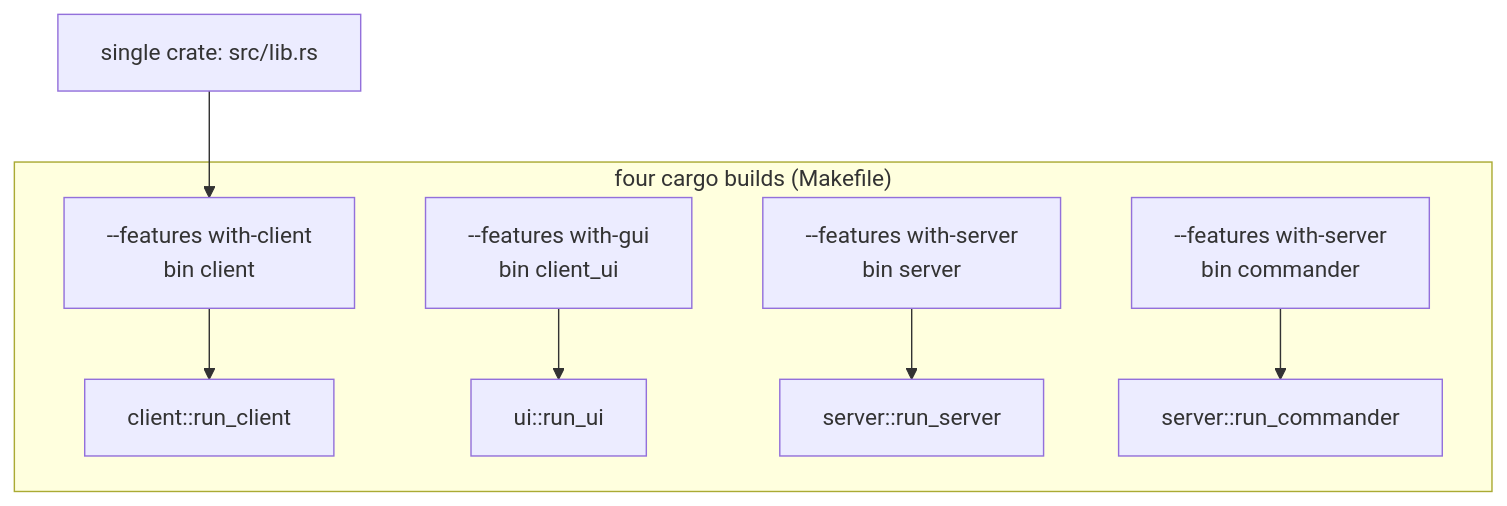
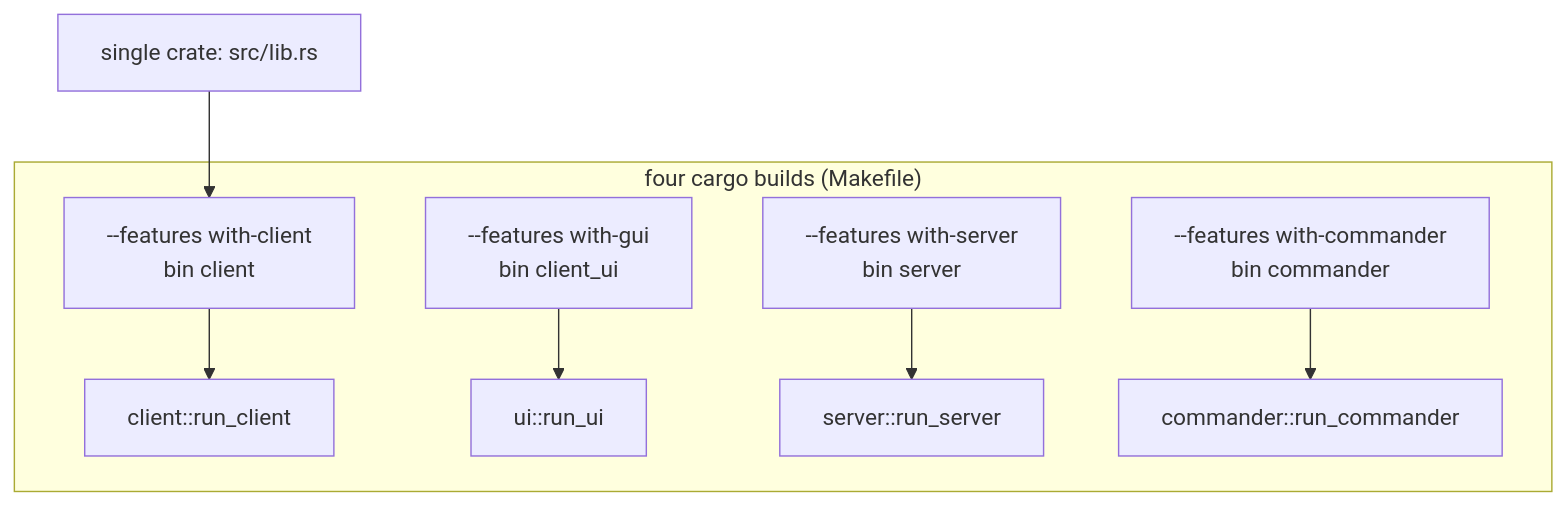
Before and after one commit to beac0n/ruroco: the first of 3 diagrams in docs/src/architecture/build-and-deploy.md, drawn with Mermaid. The commit also changed other lines of this file and 45 other files, not shown here.

````diff
--- a/docs/src/architecture/build-and-deploy.md
+++ b/docs/src/architecture/build-and-deploy.md
@@ -25,10 +28,10 @@
 ```mermaid
 flowchart TD
     src["single crate: src/lib.rs"] --> f1
     subgraph builds["four cargo builds (Makefile)"]
         f1["--features with-client<br/>bin client"] --> e1["client::run_client"]
         f2["--features with-gui<br/>bin client_ui"] --> e2["ui::run_ui"]
         f3["--features with-server<br/>bin server"] --> e3["server::run_server"]
-        f4["--features with-server<br/>bin commander"] --> e4["server::run_commander"]
+        f4["--features with-commander<br/>bin commander"] --> e4["commander::run_commander"]
     end
 ```
````
